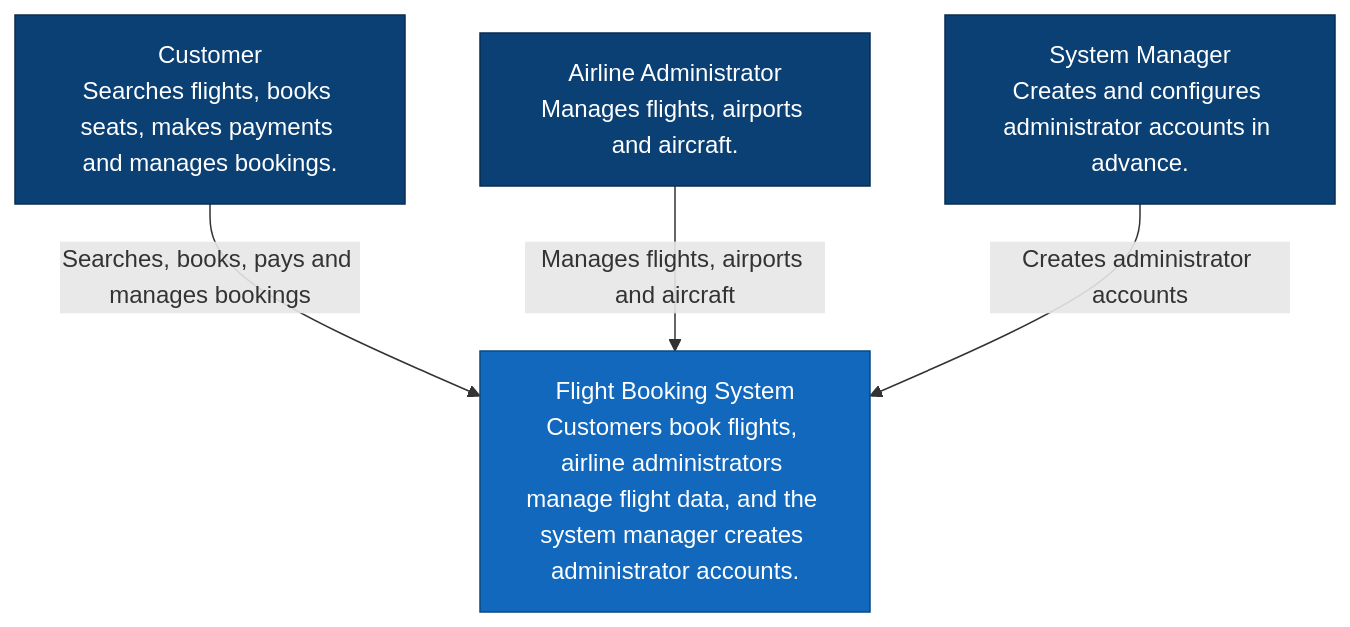
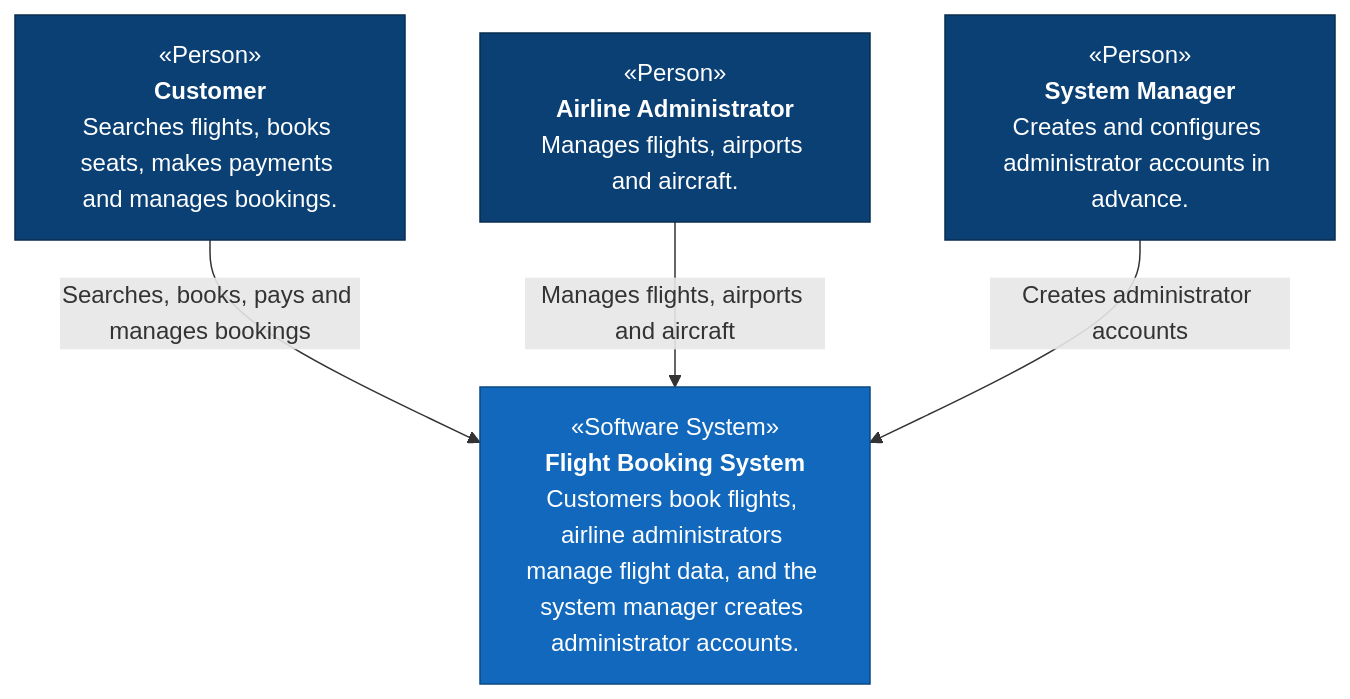
The diagram in uml/c4_context.md (AbdalslamBondoq/Software-project-Flight-Booking-System), drawn with Mermaid before and after one commit.

Commit message:
docs: add C4 element type labels to the system context diagram
Labels each element with its C4 type (Person or Software System) as in the C4 notation from slide deck SD07a. Relationships are unchanged.

````diff
--- a/uml/c4_context.md
+++ b/uml/c4_context.md
@@ -7,16 +7,16 @@
 ```mermaid
 flowchart TD
-    Customer["Customer<br/>Searches flights, books seats, makes payments and manages bookings."]
-    Admin["Airline Administrator<br/>Manages flights, airports and aircraft."]
-    Manager["System Manager<br/>Creates and configures administrator accounts in advance."]
-    System["Flight Booking System<br/>Customers book flights, airline administrators manage flight data, and the system manager creates administrator accounts."]
+    Customer["«Person»<br/><b>Customer</b><br/>Searches flights, books seats, makes payments and manages bookings."]
+    Admin["«Person»<br/><b>Airline Administrator</b><br/>Manages flights, airports and aircraft."]
+    Manager["«Person»<br/><b>System Manager</b><br/>Creates and configures administrator accounts in advance."]
+    System["«Software System»<br/><b>Flight Booking System</b><br/>Customers book flights, airline administrators manage flight data, and the system manager creates administrator accounts."]
 
     Customer -->|Searches, books, pays and manages bookings| System
     Admin -->|Manages flights, airports and aircraft| System
     Manager -->|Creates administrator accounts| System
 
     classDef person fill:#0b4075,stroke:#082d50,color:#fff
     classDef software fill:#1168bd,stroke:#0b4884,color:#fff
     class Customer,Admin,Manager person
     class System software
 ```
````
